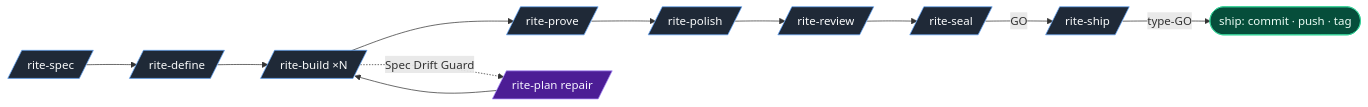
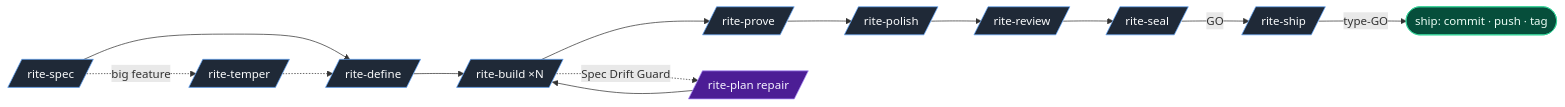
Before and after one commit to ViktorsBaikers/DevRites: the diagram in README.md, drawn with Mermaid. The commit also changed other lines of this file and 25 other files, not shown here.

````diff
--- a/README.md
+++ b/README.md
@@ -68,15 +69,16 @@
 ```mermaid
 flowchart LR
     S[/rite-spec/] --> D[/rite-define/] --> B[/rite-build ×N/] --> P[/rite-prove/] --> Po[/rite-polish/] --> R[/rite-review/] --> Sl[/rite-seal/]
+    S -.->|big feature| T[/rite-temper/] -.-> D
     Sl -->|GO| Sh[/rite-ship/]
     Sh -->|type-GO| Ship([ship: commit · push · tag])
     B -.->|Spec Drift Guard| Re[/rite-plan repair/]
     Re --> B
 
     classDef phase fill:#1f2937,stroke:#60a5fa,color:#f9fafb
     classDef ship fill:#064e3b,stroke:#34d399,color:#ecfdf5
     classDef repair fill:#4c1d95,stroke:#a78bfa,color:#f5f3ff
-    class S,D,B,P,Po,R,Sl,Sh phase
+    class S,D,B,P,Po,R,Sl,Sh,T phase
     class Ship ship
     class Re repair
 ```
````
